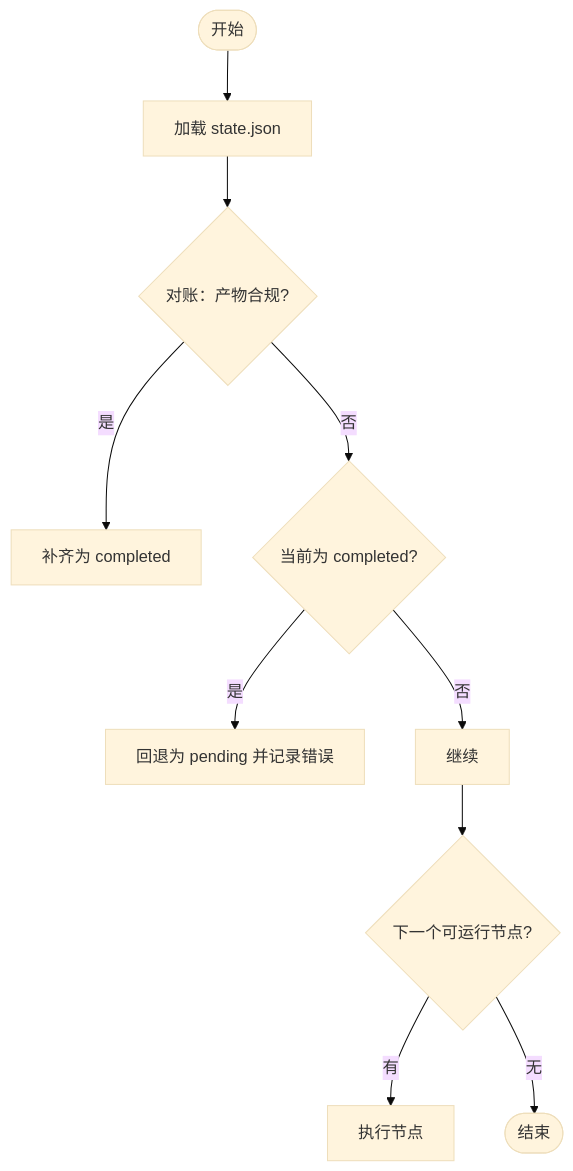
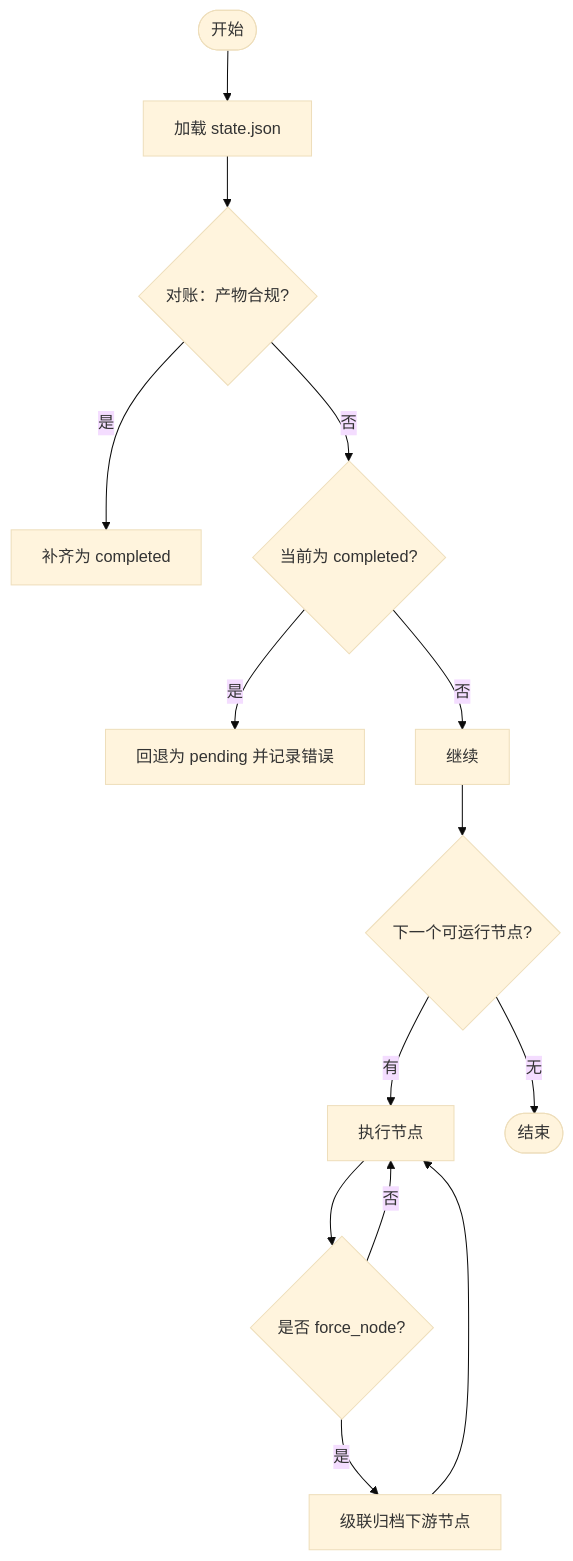
The third of 11 diagrams in .qoder/repowiki/zh/content/项目概述/核心功能特性/核心功能特性.md (Joeyzheng001/LLM-AutoTest), drawn with Mermaid (base theme) before and after one commit. The commit also changed other lines of this file and 94 other files, not shown here.

````diff
--- a/.qoder/repowiki/zh/content/项目概述/核心功能特性/核心功能特性.md
+++ b/.qoder/repowiki/zh/content/项目概述/核心功能特性/核心功能特性.md
@@ -129,12 +158,16 @@
 ```mermaid
 flowchart TD
 Start(["开始"]) --> Load["加载 state.json"]
 Load --> Reconcile{"对账：产物合规?"}
 Reconcile --> |是| MarkCompleted["补齐为 completed"]
 Reconcile --> |否| CheckStatus{"当前为 completed?"}
 CheckStatus --> |是| Rollback["回退为 pending 并记录错误"]
 CheckStatus --> |否| Next["继续"]
 Next --> RunNext{"下一个可运行节点?"}
 RunNext --> |有| Execute["执行节点"]
 RunNext --> |无| End(["结束"])
+Execute --> ForceNode{"是否 force_node?"}
+ForceNode --> |是| CascadeReset["级联归档下游节点"]
+CascadeReset --> Execute
+ForceNode --> |否| Execute
 ```
````
